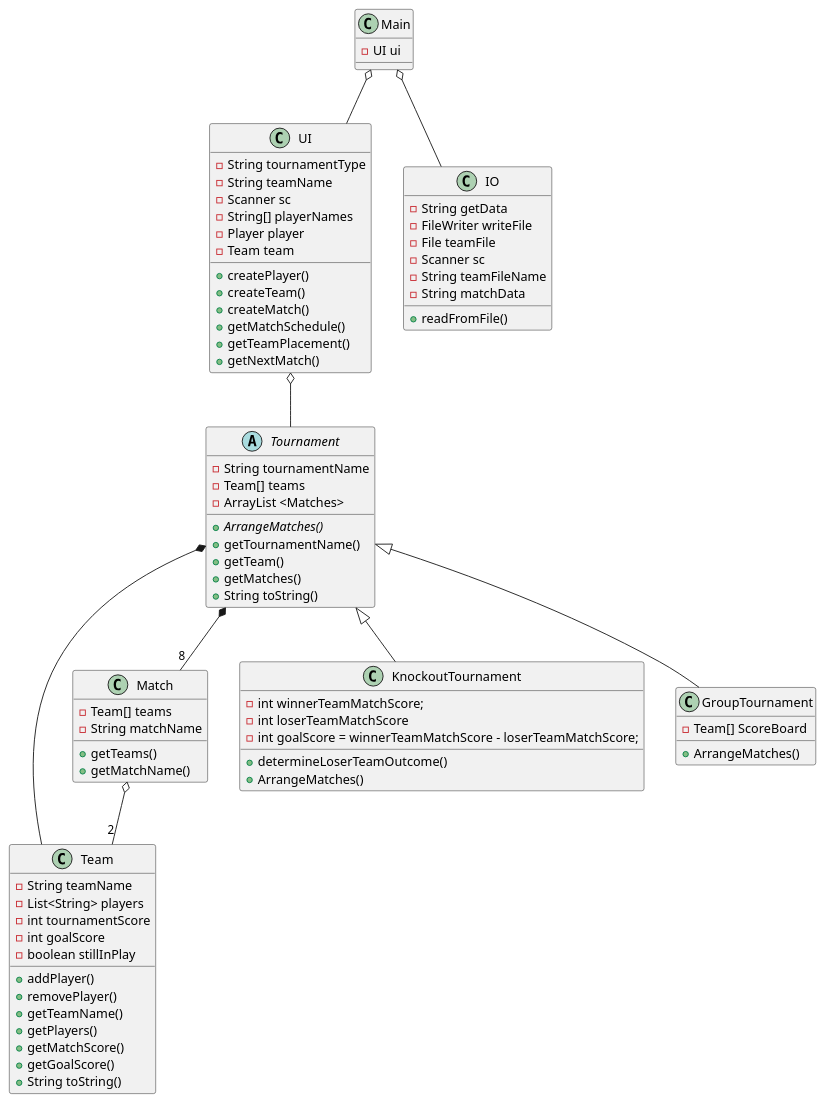
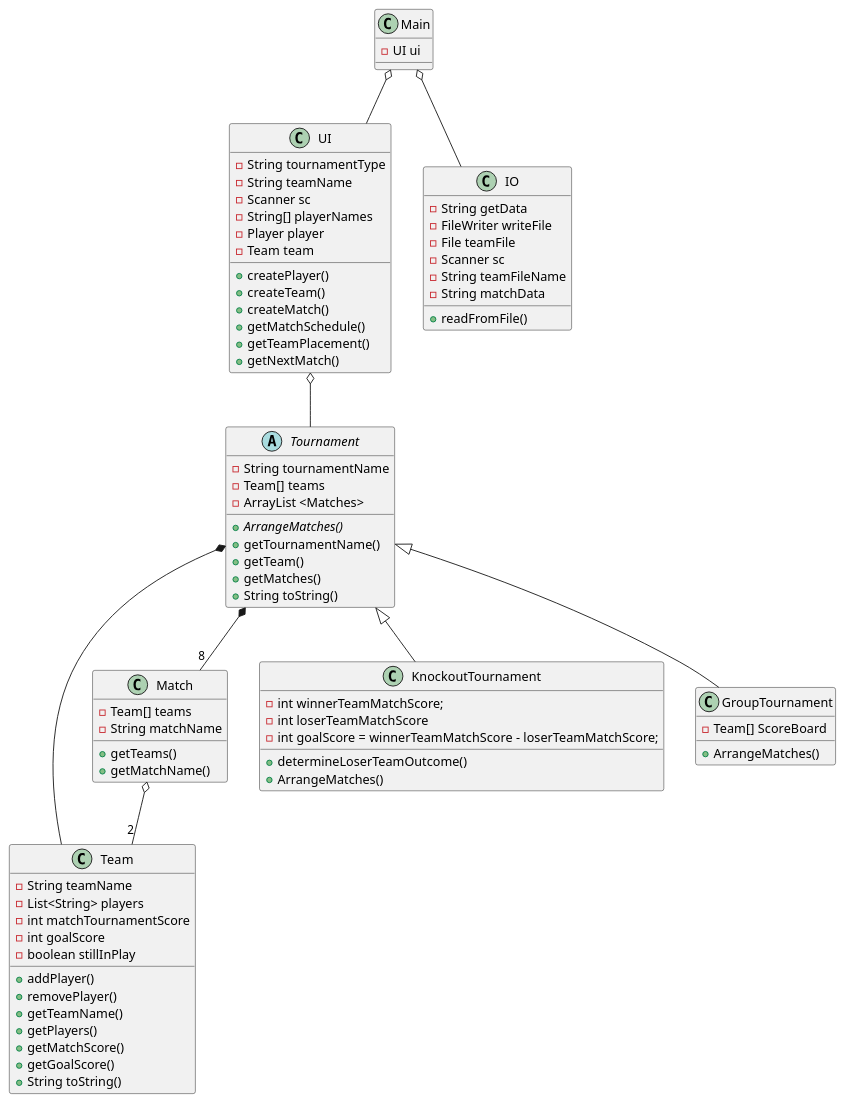
One commit to DeRp-DaWg/SP3 changed the diagram in doc/Class.puml. Above: the diagram before and after it, drawn with PlantUML.

```diff
--- a/doc/Class.puml
+++ b/doc/Class.puml
@@ -1,88 +1,88 @@
 @startuml
 'https://plantuml.com/class-diagram
 
 class Main{
 -UI ui
 }
 
 
 class Team {
 -String teamName
 -List<String> players
--int tournamentScore
+-int matchTournamentScore
 -int goalScore
 -boolean stillInPlay
 +addPlayer()
 +removePlayer()
 +getTeamName()
 +getPlayers()
 +getMatchScore()
 +getGoalScore()
 +String toString()
 }
 
 class Match{
 -Team[] teams
 -String matchName
 +getTeams()
 +getMatchName()
 }
 
 abstract Tournament {
 -String tournamentName
 -Team[] teams
 -ArrayList <Matches>
 +{abstract}ArrangeMatches()
 +getTournamentName()
 +getTeam()
 +getMatches()
 +String toString()
 }
 
 class KnockoutTournament{
 -int winnerTeamMatchScore;
 -int loserTeamMatchScore
 -int goalScore = winnerTeamMatchScore - loserTeamMatchScore;
 +determineLoserTeamOutcome()
 +ArrangeMatches()
 }
 
 class GroupTournament{
 -Team[] ScoreBoard
 +ArrangeMatches()
 }
 
 class UI {
 -String tournamentType
 -String teamName
 -Scanner sc
 -String[] playerNames
 -Player player
 -Team team
 +createPlayer()
 +createTeam()
 +createMatch()
 +getMatchSchedule()
 +getTeamPlacement()
 +getNextMatch()
 }
 
 class IO {
 -String getData
 -FileWriter writeFile
 -File teamFile
 -Scanner sc
 -String teamFileName
 -String matchData
 +readFromFile()
 }
 
 UI o-- Tournament
 Main o-- IO
 Tournament *-- "8" Match
 Tournament *-- Team
 Match o-- "2" Team
 Tournament <|-- KnockoutTournament
 Tournament <|-- GroupTournament
 Main o-- UI
 @enduml
```
